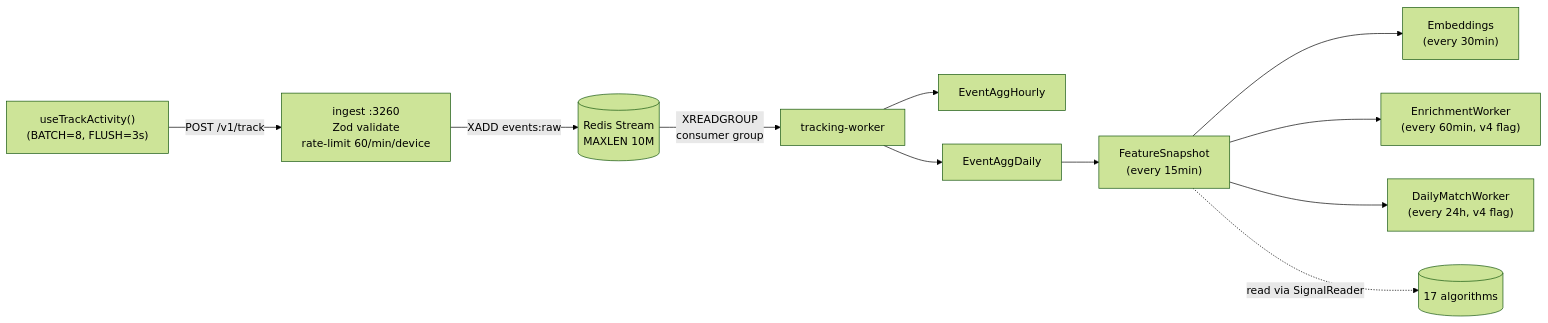
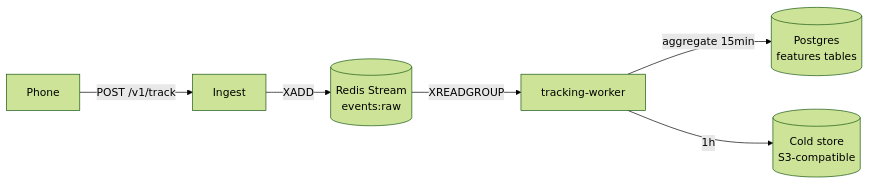
The fifth of 6 diagrams in MIAMO.md (shashisingh007/Miamo), drawn with Mermaid (forest theme) before and after one commit. The commit also changed other lines of this file and 20 other files, not shown here.

````diff
--- a/MIAMO.md
+++ b/MIAMO.md
@@ -203,13 +262,8 @@
 ```mermaid
 flowchart LR
-  H["useTrackActivity()<br/>(BATCH=8, FLUSH=3s)"] -->|POST /v1/track| I["ingest :3260<br/>Zod validate<br/>rate-limit 60/min/device"]
-  I -->|XADD events:raw| RS[("Redis Stream<br/>MAXLEN 10M")]
-  RS -->|XREADGROUP<br/>consumer group| W["tracking-worker"]
-  W --> EAH["EventAggHourly"]
-  W --> EAD["EventAggDaily"]
-  EAD --> FS["FeatureSnapshot<br/>(every 15min)"]
-  FS --> EMB["Embeddings<br/>(every 30min)"]
-  FS --> ENR["EnrichmentWorker<br/>(every 60min, v4 flag)"]
-  FS --> DMW["DailyMatchWorker<br/>(every 24h, v4 flag)"]
-  FS -.->|read via SignalReader| ALGOS[("17 algorithms")]
+    Phone -- POST /v1/track --> Ingest
+    Ingest -- XADD --> Stream[(Redis Stream<br/>events:raw)]
+    Stream -- XREADGROUP --> Worker[tracking-worker]
+    Worker -- aggregate 15min --> Db[(Postgres<br/>features tables)]
+    Worker -- 1h --> Cold[(Cold store<br/>S3-compatible)]
 ```
````
